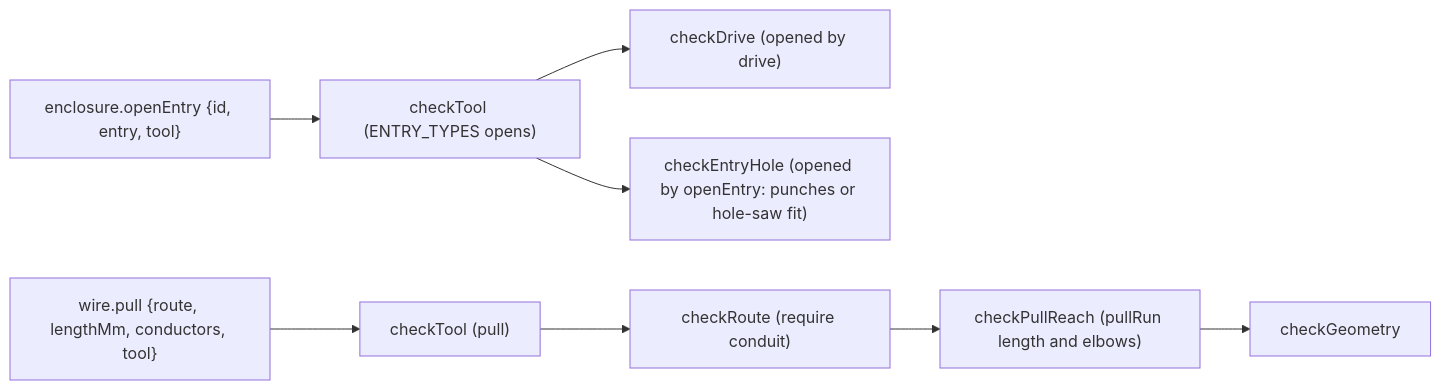
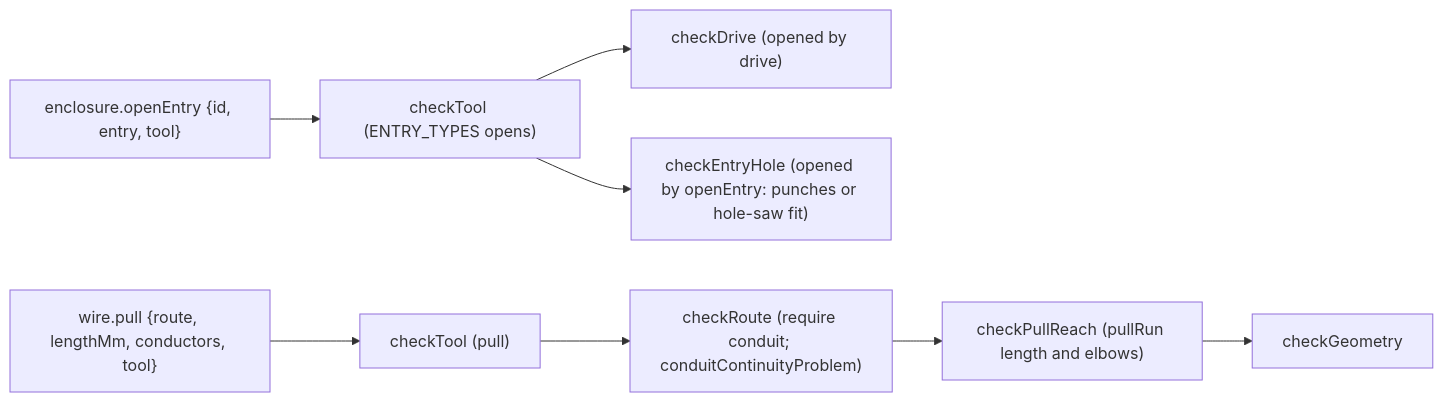
The fifth of 6 diagrams in docs/architecture/commands.md (joebarbere/controls), drawn with Mermaid before and after one commit. The commit also changed other lines of this file and 147 other files, not shown here.

First line of the commit message:
feat(save-format, world-model): store a connector's entry and check conduit continuity before the v3 freeze (P3) (#123)

````diff
--- a/docs/architecture/commands.md
+++ b/docs/architecture/commands.md
@@ -152,10 +152,10 @@
 ```mermaid
 flowchart LR
   open["enclosure.openEntry {id, entry, tool}"] --> cap["checkTool (ENTRY_TYPES opens)"]
   cap --> drive["checkDrive (opened by drive)"]
   cap --> hole["checkEntryHole (opened by openEntry: punches or hole-saw fit)"]
   pull["wire.pull {route, lengthMm, conductors, tool}"] --> tape["checkTool (pull)"]
-  tape --> route["checkRoute (require conduit)"]
+  tape --> route["checkRoute (require conduit; conduitContinuityProblem)"]
   route --> reach["checkPullReach (pullRun length and elbows)"]
   reach --> geometry["checkGeometry"]
 ```
````
